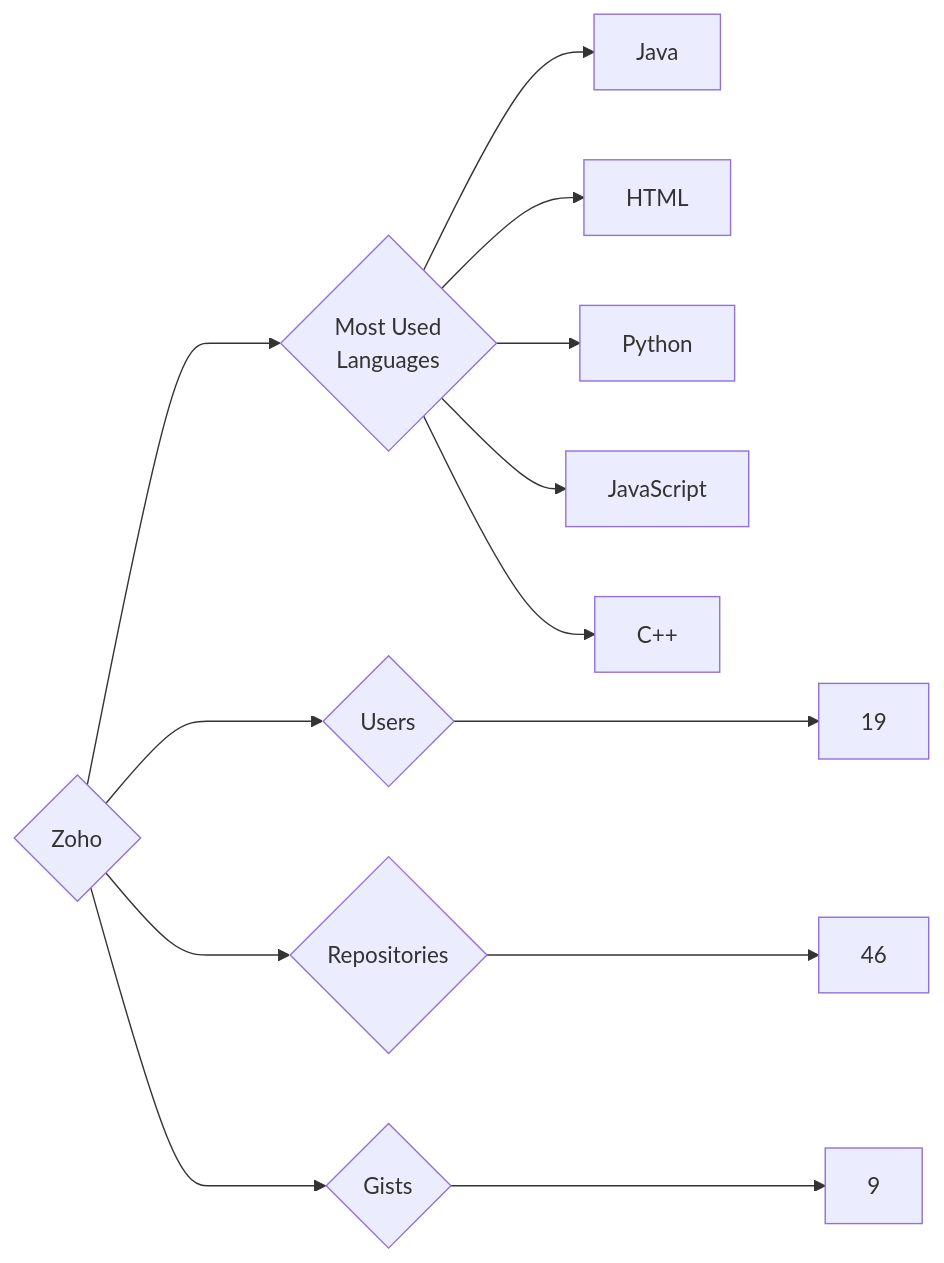
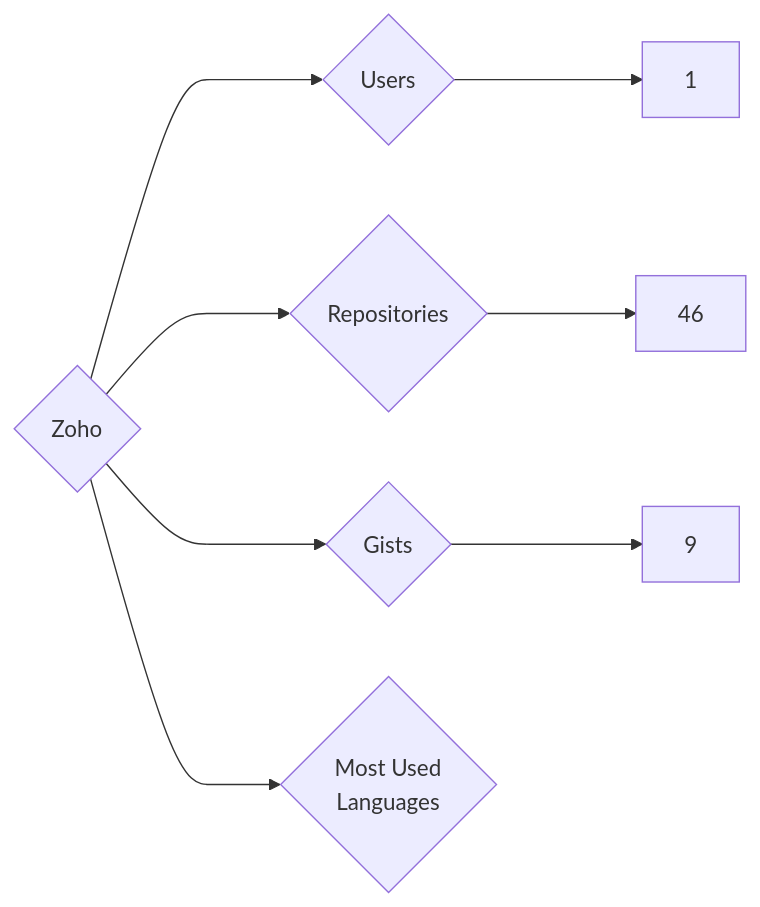
One commit to trickest/insiders changed the diagram in targets/Zoho/README.md. Above: the diagram before and after it, drawn with Mermaid. The commit also changed 871 other files, not shown here.

````diff
--- a/targets/Zoho/README.md
+++ b/targets/Zoho/README.md
@@ -3,13 +3,8 @@
 ```mermaid
 graph LR
 COMPANY_NAME{Zoho}
-COMPANY_NAME ---> U{Users} ---> UN[19]
+COMPANY_NAME ---> U{Users} ---> UN[1]
 COMPANY_NAME ---> R{Repositories} ---> RN[46]
 COMPANY_NAME ---> G{Gists} ---> GN[9]
 COMPANY_NAME ---> ML{Most Used<br>Languages}
-ML --> Java[Java]
-ML --> HTML[HTML]
-ML --> Python[Python]
-ML --> JavaScript[JavaScript]
-ML --> C++[C++]
 ```
````
